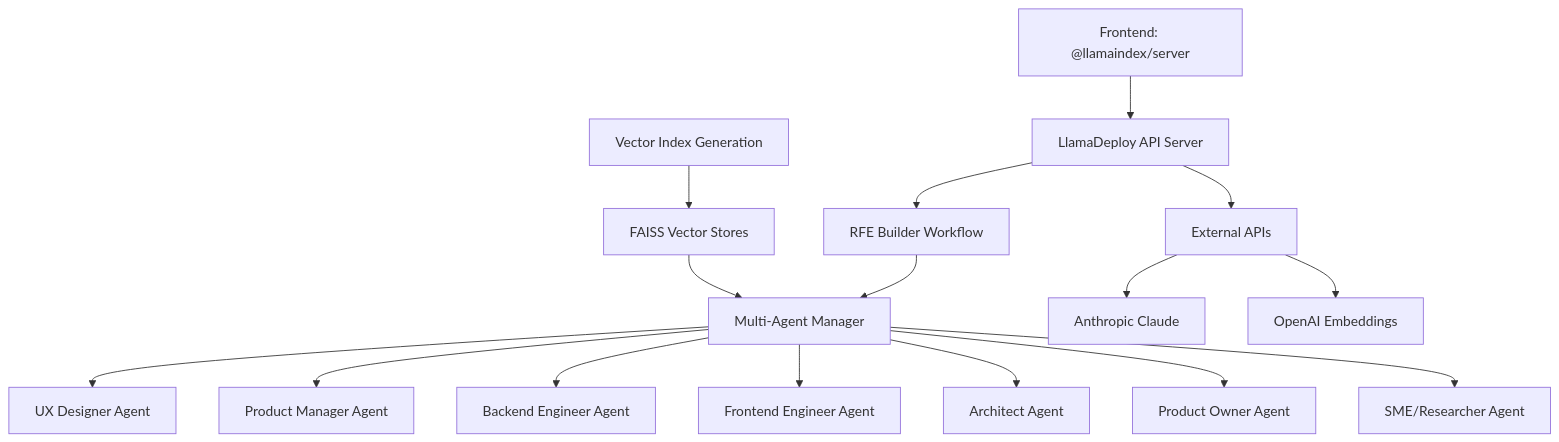
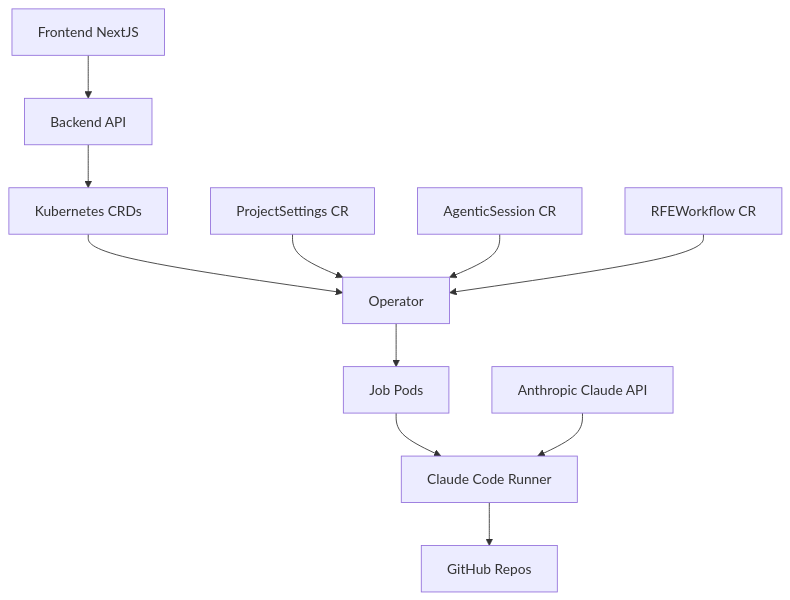
The diagram in docs/developer-guide/index.md (sallyom/vTeam), drawn with Mermaid before and after one commit. The commit also changed other lines of this file and 44 other files, not shown here.

````diff
--- a/docs/developer-guide/index.md
+++ b/docs/developer-guide/index.md
@@ -89,21 +107,15 @@
 ```mermaid
 graph TD
-    A[Frontend: @llamaindex/server] --> B[LlamaDeploy API Server]
-    B --> C[RFE Builder Workflow]
-    C --> D[Multi-Agent Manager]
-    D --> E[UX Designer Agent]
-    D --> F[Product Manager Agent]
-    D --> G[Backend Engineer Agent]
-    D --> H[Frontend Engineer Agent]
-    D --> I[Architect Agent]
-    D --> J[Product Owner Agent]
-    D --> K[SME/Researcher Agent]
-    
-    L[Vector Index Generation] --> M[FAISS Vector Stores]
-    M --> D
-    
-    N[External APIs] --> O[Anthropic Claude]
-    N --> P[OpenAI Embeddings]
-    
-    B --> N
+    A[Frontend NextJS] --> B[Backend API]
+    B --> C[Kubernetes CRDs]
+    C --> D[Operator]
+    D --> E[Job Pods]
+    E --> F[Claude Code Runner]
+    F --> G[GitHub Repos]
+
+    H[ProjectSettings CR] --> D
+    I[AgenticSession CR] --> D
+    J[RFEWorkflow CR] --> D
+
+    K[Anthropic Claude API] --> F
 ```
````
